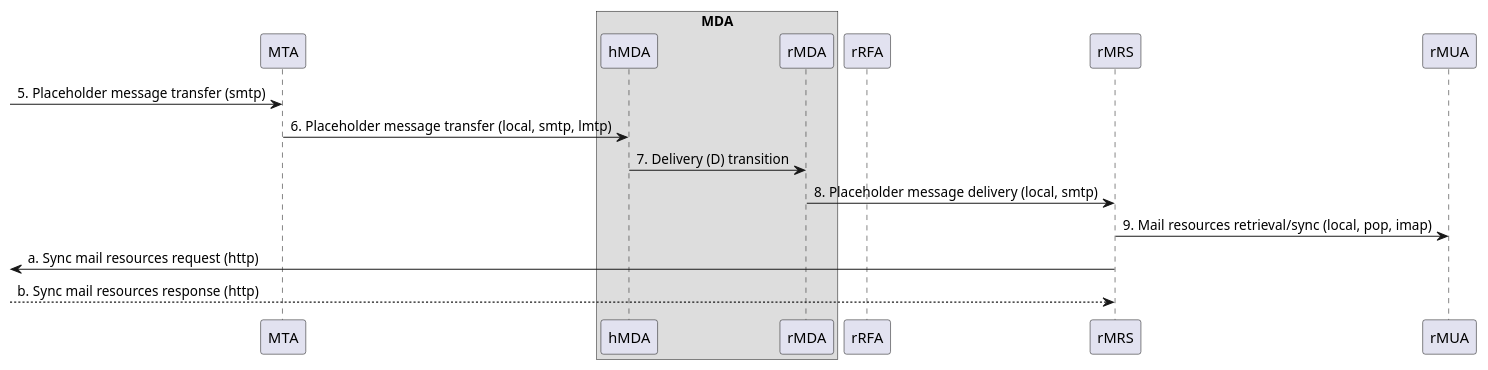
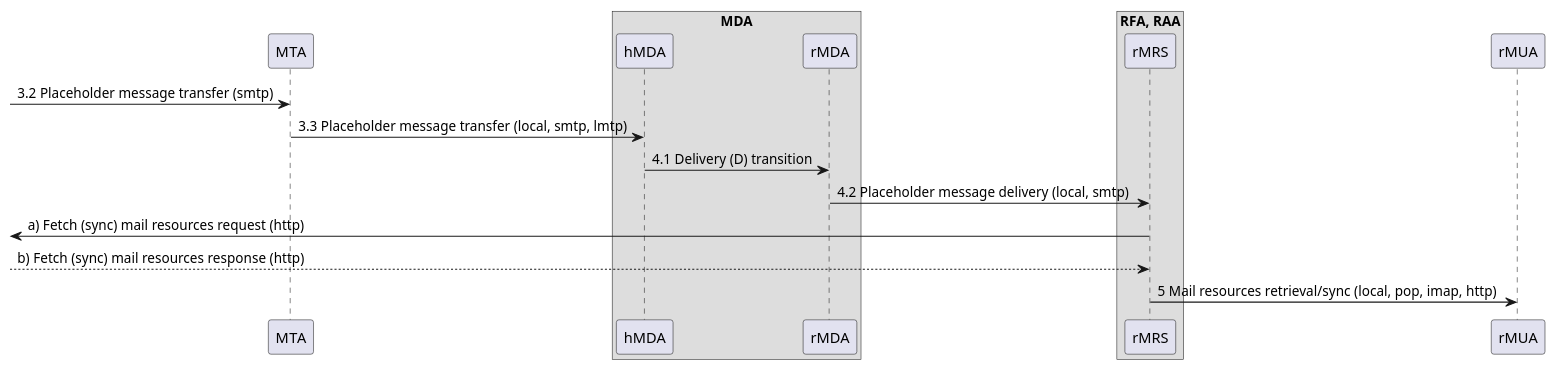
One commit to federizer/federizer changed the diagram in docs/resources/authorization-enhanced_rfc5598_II_sd.puml. Above: the diagram before and after it, drawn with PlantUML. The commit also changed 6 other files, not shown here.

```diff
--- a/docs/resources/authorization-enhanced_rfc5598_II_sd.puml
+++ b/docs/resources/authorization-enhanced_rfc5598_II_sd.puml
@@ -1,39 +1,42 @@
 @startuml Authorization-Enhanced Internet Mail Architecture, message flow part II.
 
 /'
 Message
 Message User Agent (MUA)
     Author MUA (aMUA)
     Recipient MUA (rMUA)
 Message Submission Agent (MSA)
     Author-focused MSA functions (aMSA)
     MHS-focused MSA functions (hMSA)
 Message Transfer Agent (MTA)
 Message Delivery Agent (MDA)
     Recipient-focused MDA functions (rMDA)
     MHS-focused MDA functions (hMDA)
+Resource Fetch Agent (RFA)
+Resource Access Agent (RAA)    
 Mail Resource Store (MRS)
     Author MRS (aMRS)
     Recipient MRS (rMRS)    
     User Agent MRS (uMRS)
 '/
 
 'ADMD II.
 participant "MTA" as MTA /'MTA'/
-box "MDA"
+box "MDA" /'MDA'/
 participant "hMDA" as hMDA /'MHS-focused MDA'/
 participant "rMDA" as rMDA /'Recipient-focused MDA'/
 end box
-participant "rRFA" as rRFA /'Recipient RFA'/
+box "RFA, RAA" /'Resource Fetch Agent, Resource Access Agent'/
 participant "rMRS" as rMRS /'Recipient MRS'/
+end box
 participant "rMUA" as rMUA /'MUA, uMRS optional'/
 
-[-> MTA : 5. Placeholder message transfer (smtp)
-MTA -> hMDA : 6. Placeholder message transfer (local, smtp, lmtp)
-hMDA -> rMDA : 7. Delivery (D) transition
-rMDA -> rMRS : 8. Placeholder message delivery (local, smtp)
-rMRS -> rMUA : 9. Mail resources retrieval/sync (local, pop, imap)
-rMRS ->[ : a. Sync mail resources request (http)
-rMRS <--[ : b. Sync mail resources response (http)
+[-> MTA : 3.2 Placeholder message transfer (smtp)
+MTA -> hMDA : 3.3 Placeholder message transfer (local, smtp, lmtp)
+hMDA -> rMDA : 4.1 Delivery (D) transition
+rMDA -> rMRS : 4.2 Placeholder message delivery (local, smtp)
+rMRS ->[ : a) Fetch (sync) mail resources request (http)
+rMRS <--[ : b) Fetch (sync) mail resources response (http)
+rMRS -> rMUA : 5 Mail resources retrieval/sync (local, pop, imap, http)
 
 @enduml
```
